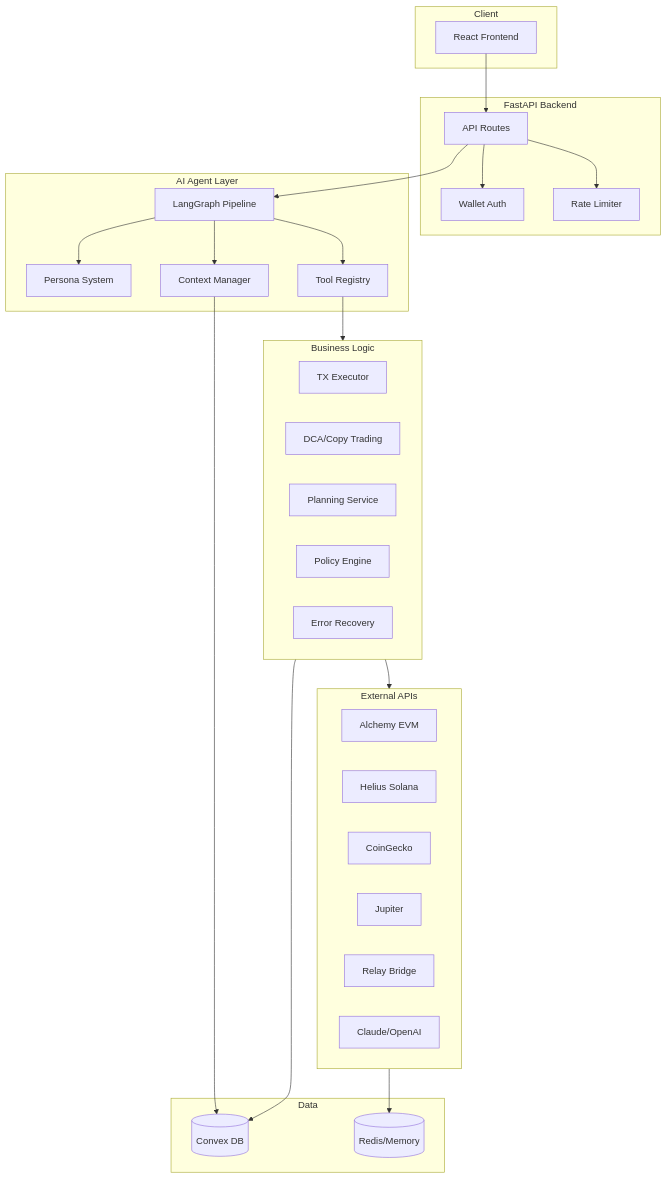
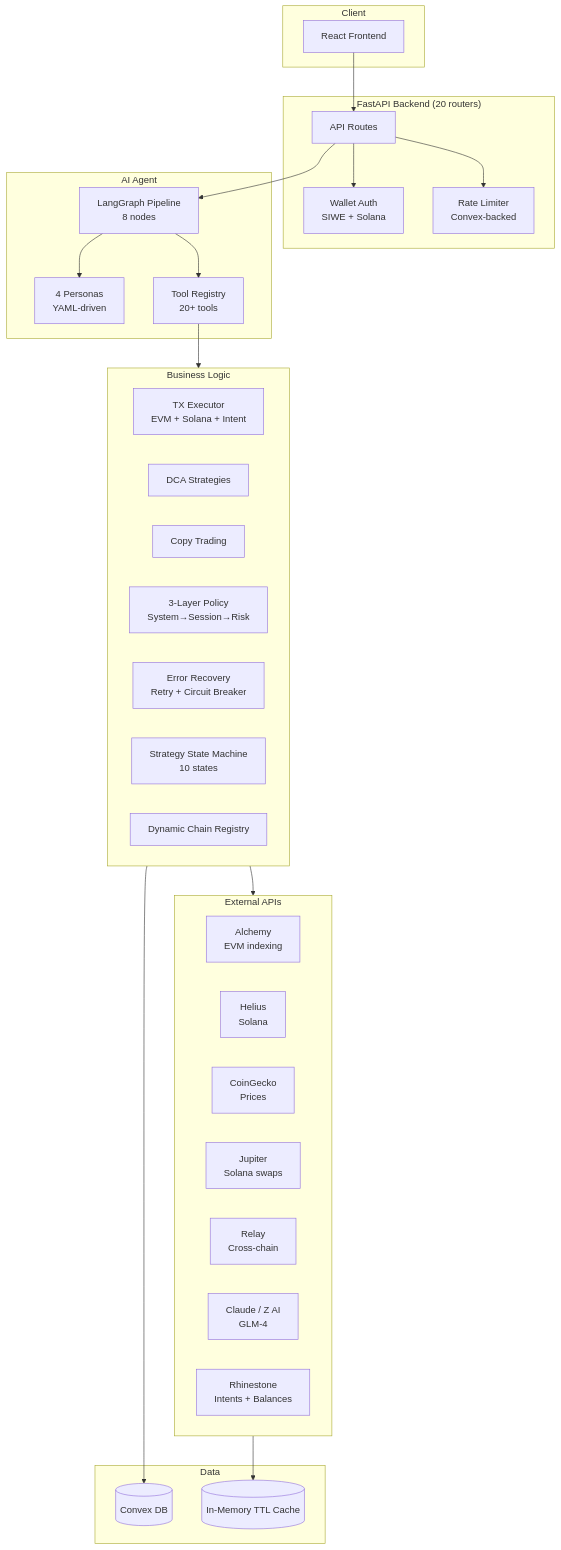
One commit to bryfeng/sherpa changed the diagram in docs/CODEBASE_MAP.md. Above: the diagram before and after it, drawn with Mermaid. The commit also changed other lines of this file and 8 other files, not shown here.

First line of the commit message:
Add intent execution path, structured logging, and policy API

````diff
--- a/docs/CODEBASE_MAP.md
+++ b/docs/CODEBASE_MAP.md
@@ -20,54 +16,52 @@
 ```mermaid
 graph TB
     subgraph Client
         Web[React Frontend]
     end
 
-    subgraph API["FastAPI Backend"]
+    subgraph API["FastAPI Backend (20 routers)"]
         Router[API Routes]
-        Auth[Wallet Auth]
-        RateLimit[Rate Limiter]
+        Auth[Wallet Auth<br/>SIWE + Solana]
+        RateLimit[Rate Limiter<br/>Convex-backed]
     end
 
-    subgraph Agent["AI Agent Layer"]
-        LangGraph[LangGraph Pipeline]
-        Personas[Persona System]
-        Tools[Tool Registry]
-        Context[Context Manager]
+    subgraph Agent["AI Agent"]
+        LangGraph[LangGraph Pipeline<br/>8 nodes]
+        Personas[4 Personas<br/>YAML-driven]
+        Tools[Tool Registry<br/>20+ tools]
     end
 
     subgraph Core["Business Logic"]
-        Execution[TX Executor]
-        Strategies[DCA/Copy Trading]
-        Planning[Planning Service]
-        Policy[Policy Engine]
-        Recovery[Error Recovery]
+        Execution[TX Executor<br/>EVM + Solana + Intent]
+        DCA[DCA Strategies]
+        CopyTrading[Copy Trading]
+        Policy[3-Layer Policy<br/>System→Session→Risk]
+        Recovery[Error Recovery<br/>Retry + Circuit Breaker]
+        StateMachine[Strategy State Machine<br/>10 states]
+        ChainRegistry[Dynamic Chain Registry]
     end
 
     subgraph Providers["External APIs"]
-        Alchemy[Alchemy EVM]
-        Helius[Helius Solana]
-        Coingecko[CoinGecko]
-        Jupiter[Jupiter]
-        Relay[Relay Bridge]
-        LLM[Claude/OpenAI]
+        Alchemy[Alchemy<br/>EVM indexing]
+        Helius[Helius<br/>Solana]
+        Coingecko[CoinGecko<br/>Prices]
+        Jupiter[Jupiter<br/>Solana swaps]
+        Relay[Relay<br/>Cross-chain]
+        LLM[Claude / Z AI<br/>GLM-4]
+        Rhinestone[Rhinestone<br/>Intents + Balances]
     end
 
     subgraph Data
         Convex[(Convex DB)]
-        Cache[(Redis/Memory)]
+        Cache[(In-Memory TTL Cache)]
     end
 
     Web --> Router
-    Router --> Auth
-    Router --> RateLimit
+    Router --> Auth & RateLimit
     Router --> LangGraph
-    LangGraph --> Personas
-    LangGraph --> Tools
-    LangGraph --> Context
+    LangGraph --> Personas & Tools
     Tools --> Core
     Core --> Providers
     Core --> Convex
-    Context --> Convex
     Providers --> Cache
 ```
````
